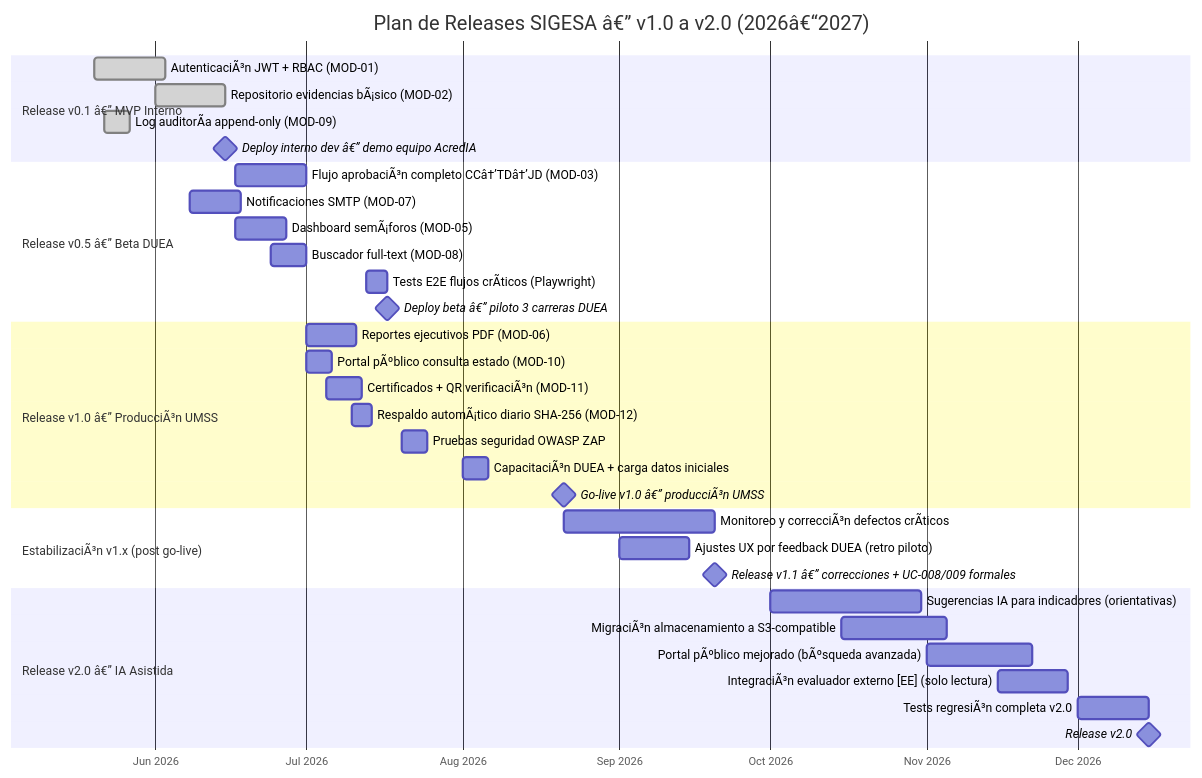
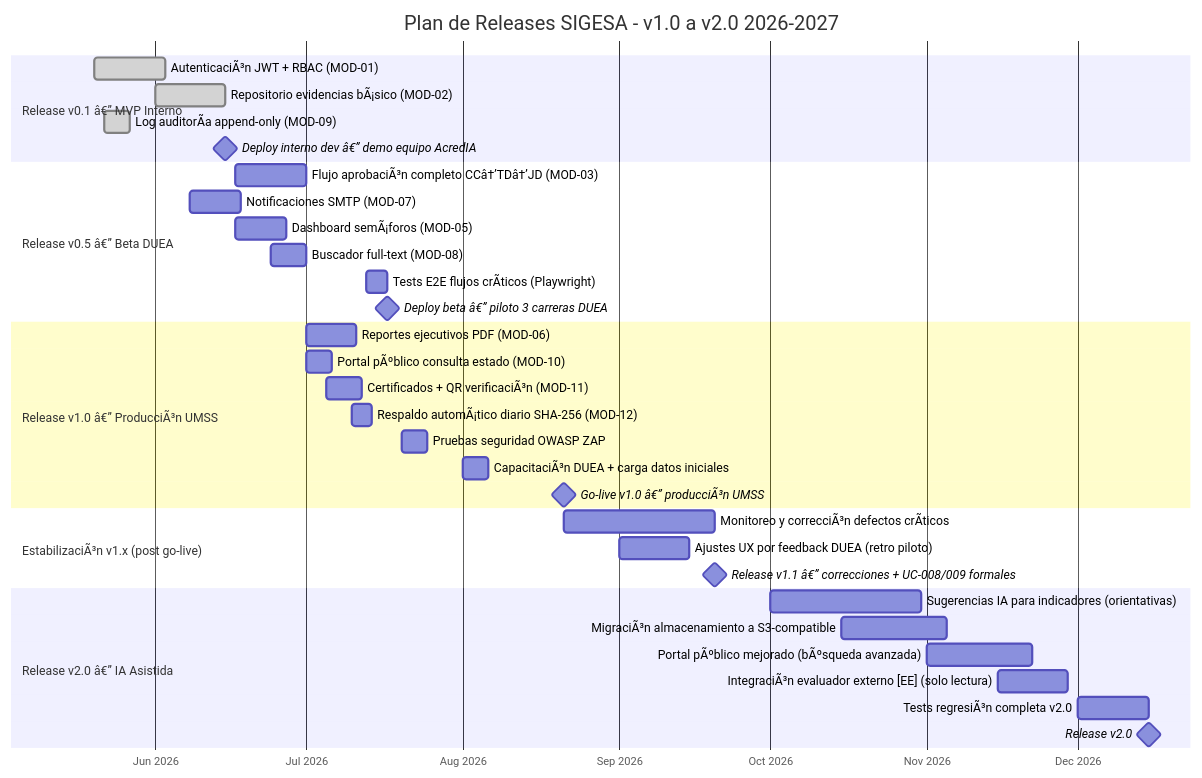
One commit to AcredIA-UMSS/sigesa-docs changed the diagram in docs/07_diagramas/gantt-007-release-producto.mmd. Above: the diagram before and after it, drawn with Mermaid. The commit also changed 23 other files, not shown here.

Commit message:
update diagramas v2

```diff
--- a/docs/07_diagramas/gantt-007-release-producto.mmd
+++ b/docs/07_diagramas/gantt-007-release-producto.mmd
@@ -1,40 +1,40 @@
 gantt
-    title Plan de Releases SIGESA â€” v1.0 a v2.0 (2026â€“2027)
+    title Plan de Releases SIGESA - v1.0 a v2.0 2026-2027
     dateFormat  YYYY-MM-DD
     axisFormat  %b %Y
 
     section Release v0.1 â€” MVP Interno
     AutenticaciÃ³n JWT + RBAC (MOD-01)               :done,    r01_01, 2026-05-20, 14d
     Repositorio evidencias bÃ¡sico (MOD-02)           :done,    r01_02, 2026-06-01, 14d
     Log auditorÃ­a append-only (MOD-09)               :done,    r01_03, 2026-05-22, 5d
     Deploy interno dev â€” demo equipo AcredIA         :milestone, mvp,  2026-06-15, 0d
 
     section Release v0.5 â€” Beta DUEA
     Flujo aprobaciÃ³n completo CCâ†’TDâ†’JD (MOD-03)     :         r05_01, 2026-06-17, 14d
     Notificaciones SMTP (MOD-07)                     :         r05_02, 2026-06-08, 10d
     Dashboard semÃ¡foros (MOD-05)                     :         r05_03, 2026-06-17, 10d
     Buscador full-text (MOD-08)                      :         r05_04, 2026-06-24, 7d
     Tests E2E flujos crÃ­ticos (Playwright)           :         r05_05, 2026-07-13, 4d
     Deploy beta â€” piloto 3 carreras DUEA             :milestone, beta, 2026-07-17, 0d
 
     section Release v1.0 â€” ProducciÃ³n UMSS
     Reportes ejecutivos PDF (MOD-06)                 :         r10_01, 2026-07-01, 10d
     Portal pÃºblico consulta estado (MOD-10)          :         r10_02, 2026-07-01, 5d
     Certificados + QR verificaciÃ³n (MOD-11)          :         r10_03, 2026-07-05, 7d
     Respaldo automÃ¡tico diario SHA-256 (MOD-12)      :         r10_04, 2026-07-10, 4d
     Pruebas seguridad OWASP ZAP                      :         r10_05, 2026-07-20, 5d
     CapacitaciÃ³n DUEA + carga datos iniciales        :         r10_06, 2026-08-01, 5d
     Go-live v1.0 â€” producciÃ³n UMSS                   :milestone, v10,  2026-08-21, 0d
 
     section EstabilizaciÃ³n v1.x (post go-live)
     Monitoreo y correcciÃ³n defectos crÃ­ticos         :         stab,   2026-08-21, 30d
     Ajustes UX por feedback DUEA (retro piloto)      :         ux_fix, 2026-09-01, 14d
     Release v1.1 â€” correcciones + UC-008/009 formales :milestone, v11, 2026-09-20, 0d
 
     section Release v2.0 â€” IA Asistida
     Sugerencias IA para indicadores (orientativas)   :         ai_01,  2026-10-01, 30d
     MigraciÃ³n almacenamiento a S3-compatible         :         s3_01,  2026-10-15, 21d
     Portal pÃºblico mejorado (bÃºsqueda avanzada)      :         pub_v2, 2026-11-01, 21d
     IntegraciÃ³n evaluador externo [EE] (solo lectura) :        ee_01,  2026-11-15, 14d
     Tests regresiÃ³n completa v2.0                    :         reg_v2, 2026-12-01, 14d
     Release v2.0                                     :milestone, v20,  2026-12-15, 0d
```
